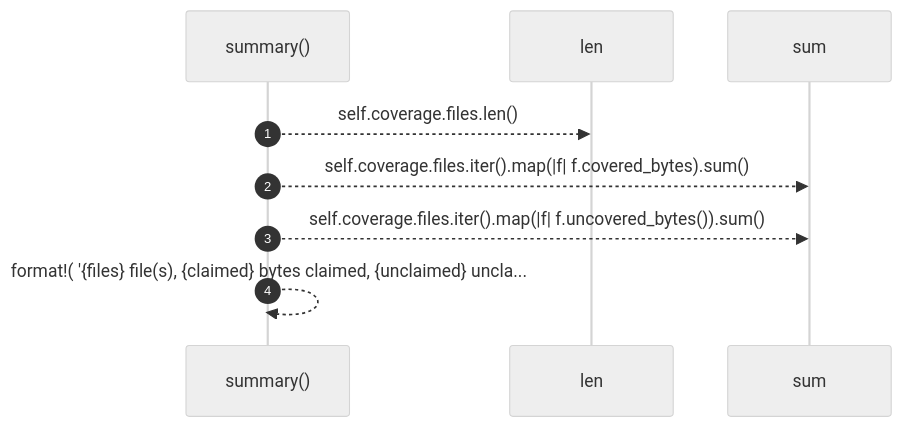
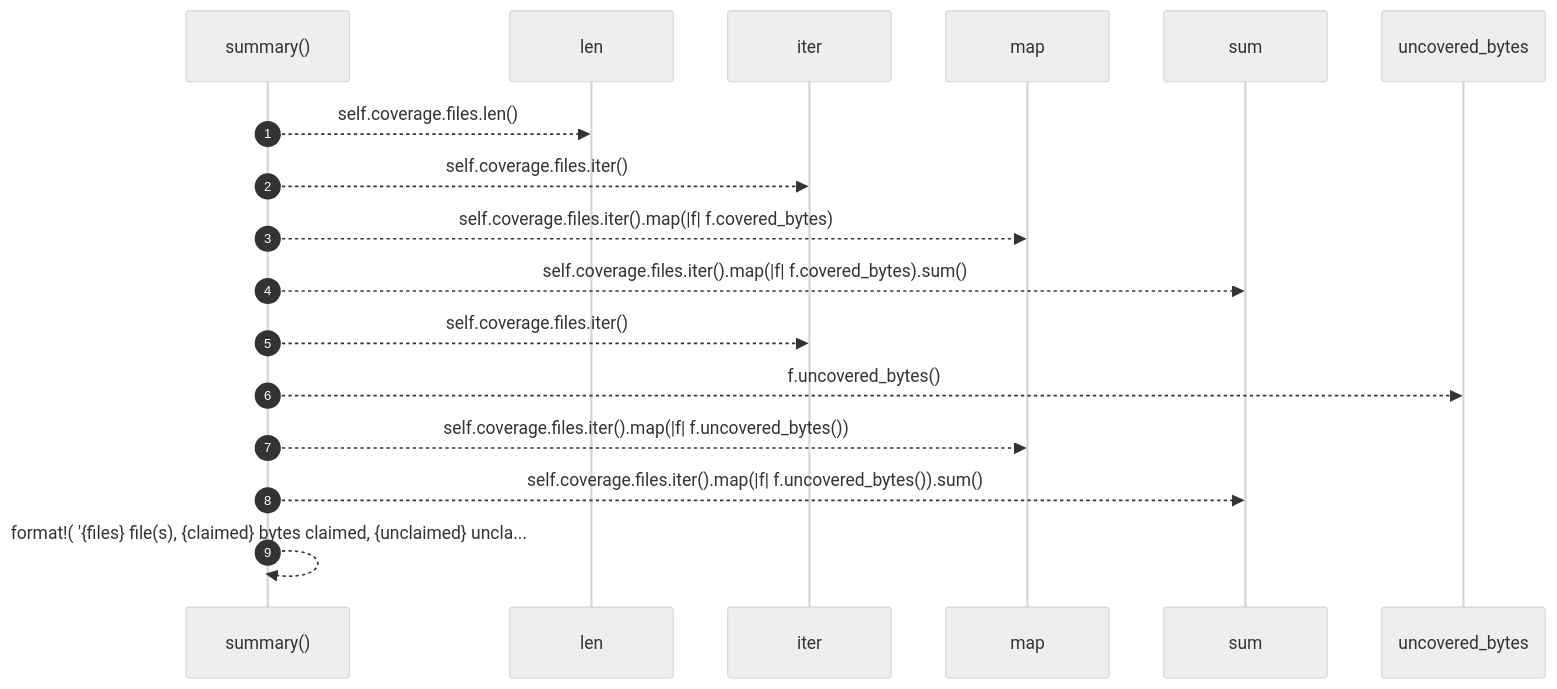
Before and after one commit to RyanGuild/self-describing-code: the second of 2 diagrams in docs/self-model/robby_render/pipeline/impl-loaded.md, drawn with Mermaid (neutral theme). The commit also changed other lines of this file and 1404 other files, not shown here.

````diff
--- a/docs/self-model/robby_render/pipeline/impl-loaded.md
+++ b/docs/self-model/robby_render/pipeline/impl-loaded.md
@@ -90,11 +110,19 @@
 ```mermaid
 sequenceDiagram
     autonumber
     participant summary as summary()
     participant len as len
+    participant iter as iter
+    participant map as map
     participant sum as sum
+    participant uncovered_bytes as uncovered_bytes
     summary-->>len: self.coverage.files.len()
+    summary-->>iter: self.coverage.files.iter()
+    summary-->>map: self.coverage.files.iter().map(|f| f.covered_bytes)
     summary-->>sum: self.coverage.files.iter().map(|f| f.covered_bytes).sum()
+    summary-->>iter: self.coverage.files.iter()
+    summary-->>uncovered_bytes: f.uncovered_bytes()
+    summary-->>map: self.coverage.files.iter().map(|f| f.uncovered_bytes())
     summary-->>sum: self.coverage.files.iter().map(|f| f.uncovered_bytes()).sum()
     summary-->>summary: format!( '{files} file(s), {claimed} bytes claimed, {unclaimed} uncla...
 ```
````
